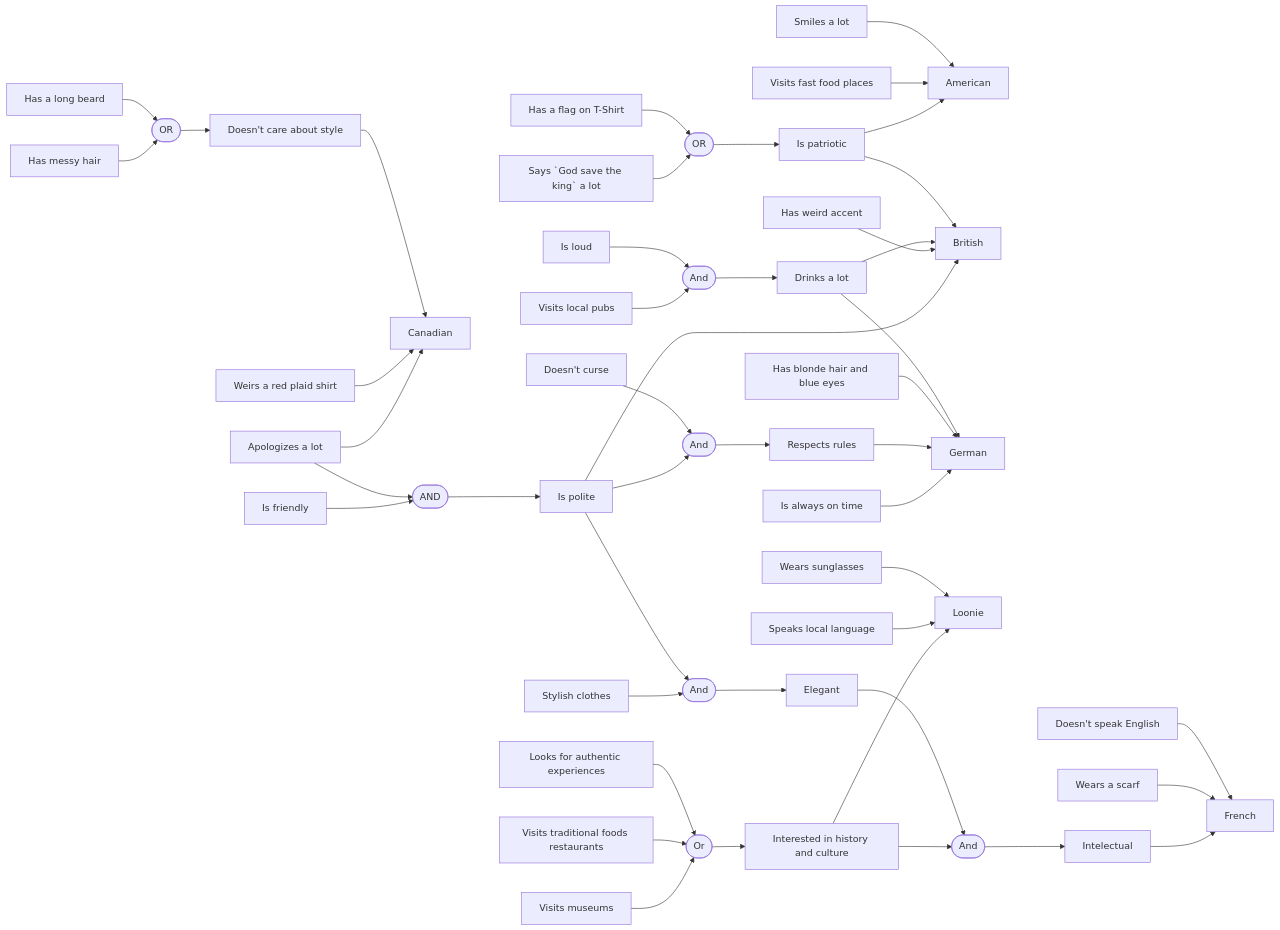
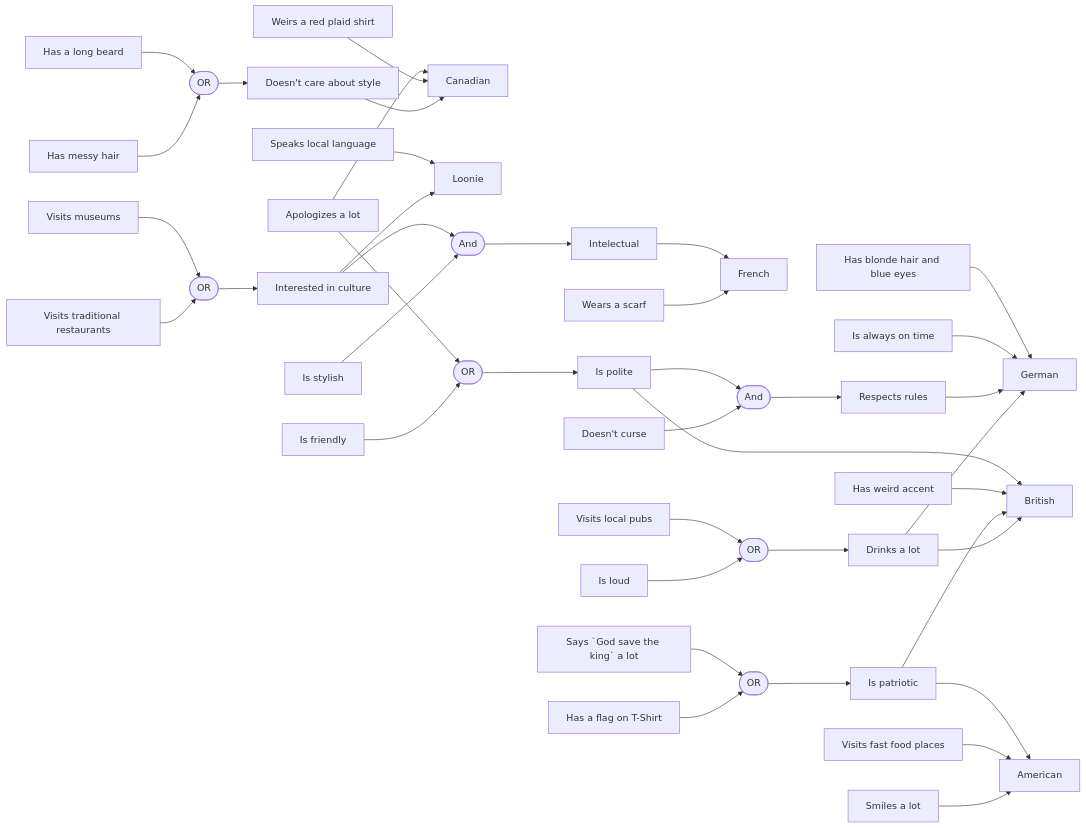
Before and after one commit to alya1007/ai-labs: the diagram in lab1/diagram.mmd, drawn with Mermaid.

Commit message:
change some rules in diagram

```diff
--- a/lab1/diagram.mmd
+++ b/lab1/diagram.mmd
@@ -1,49 +1,44 @@
 graph LR;
     American[American];
     English[British];
     French[French];
     German[German];
     Canadian[Canadian];
     Loonie[Loonie];
 
-    Friendly[Is friendly]-->AND_3([AND]);
-    Sorry[Apologizes a lot]-->AND_3;
+    Sorry[Apologizes a lot]-->OR_5;
+    Friendly[Is friendly]-->OR_5([OR]);
     Sorry-->Canadian
     
     Polite[Is polite]-->English;
-    AND_3-->Polite;
-    Stylish[Stylish clothes]-->AND_2;
-    Polite-->AND_2([And]);
-    Museums[Visits museums]-->Or([Or]);
-    Traditional[Visits traditional foods restaurants]-->Or;
-    Authentic[Looks for authentic experiences]-->Or;
-    Or-->History[Interested in history and culture]-->AND_4-->Intelectual[Intelectual]-->French;
+    OR_5-->Polite;
+    Blue[Has blonde hair and blue eyes]-->German;
+    Museums[Visits museums]-->Or([OR]);
+    Traditional[Visits traditional restaurants]-->Or;
+    Or-->Culture[Interested in culture]-->AND_4-->Intelectual[Intelectual]-->French;
     Accent[Has weird accent]-->English
 
-    Pubs[Visits local pubs]-->AND_5([And]);
-    Loud[Is loud]-->AND_5-->Drinks[Drinks a lot]-->English
+    Pubs[Visits local pubs]-->OR_6([OR]);
 
     Time[Is always on time]-->German;
     Polite-->AND_6([And]);
     Curse[Doesn't curse]-->AND_6-->Rules[Respects rules]-->German;
 
     God[Says `God save the king` a lot]-->OR([OR]);
     Flag[Has a flag on T-Shirt]-->OR-->Patriotic[Is patriotic]-->English
-    AND_2-->Elegant[Elegant]-->AND_4([And]);
+    Loud[Is loud]-->OR_6-->Drinks[Drinks a lot]-->English
+    Stylish[Is stylish]-->AND_4([And]);
     Patriotic-->American
+    LocalLanguage[Speaks local language]-->Loonie;
     FastFood[Visits fast food places]-->American;
     Smiles[Smiles a lot]-->American;
 
     Scarf[Wears a scarf]-->French;
-    Blue[Has blonde hair and blue eyes]-->German;
     Drinks-->German;
 
-    Clothes[Weirs a red plaid shirt]-->Canadian;
-    Hair[Has messy hair]-->OR_4([OR])-->Style[Doesn't care about style]-->Canadian;
     Beard[Has a long beard]-->OR_4;
 
-    Language[Doesn't speak English]-->French;
+    Clothes[Weirs a red plaid shirt]-->Canadian;
 
-    History-->Loonie;
-    LocalLanguage[Speaks local language]-->Loonie;
-    Sunglasses[Wears sunglasses]-->Loonie;
+    Culture-->Loonie;
+    Hair[Has messy hair]-->OR_4([OR])-->Style[Doesn't care about style]-->Canadian;
```
